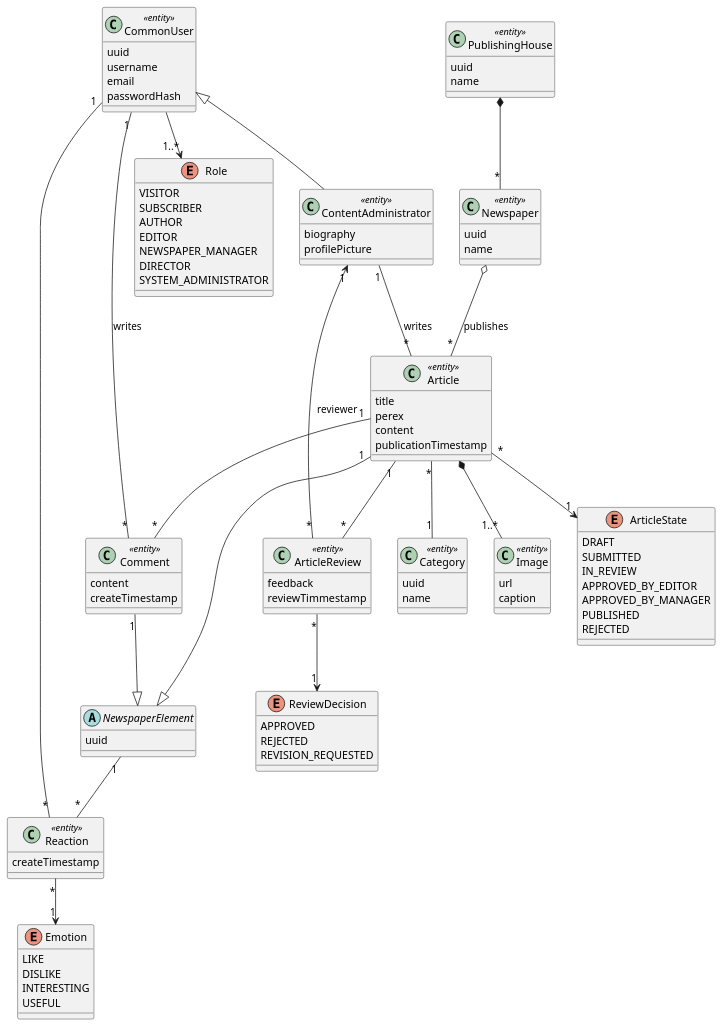
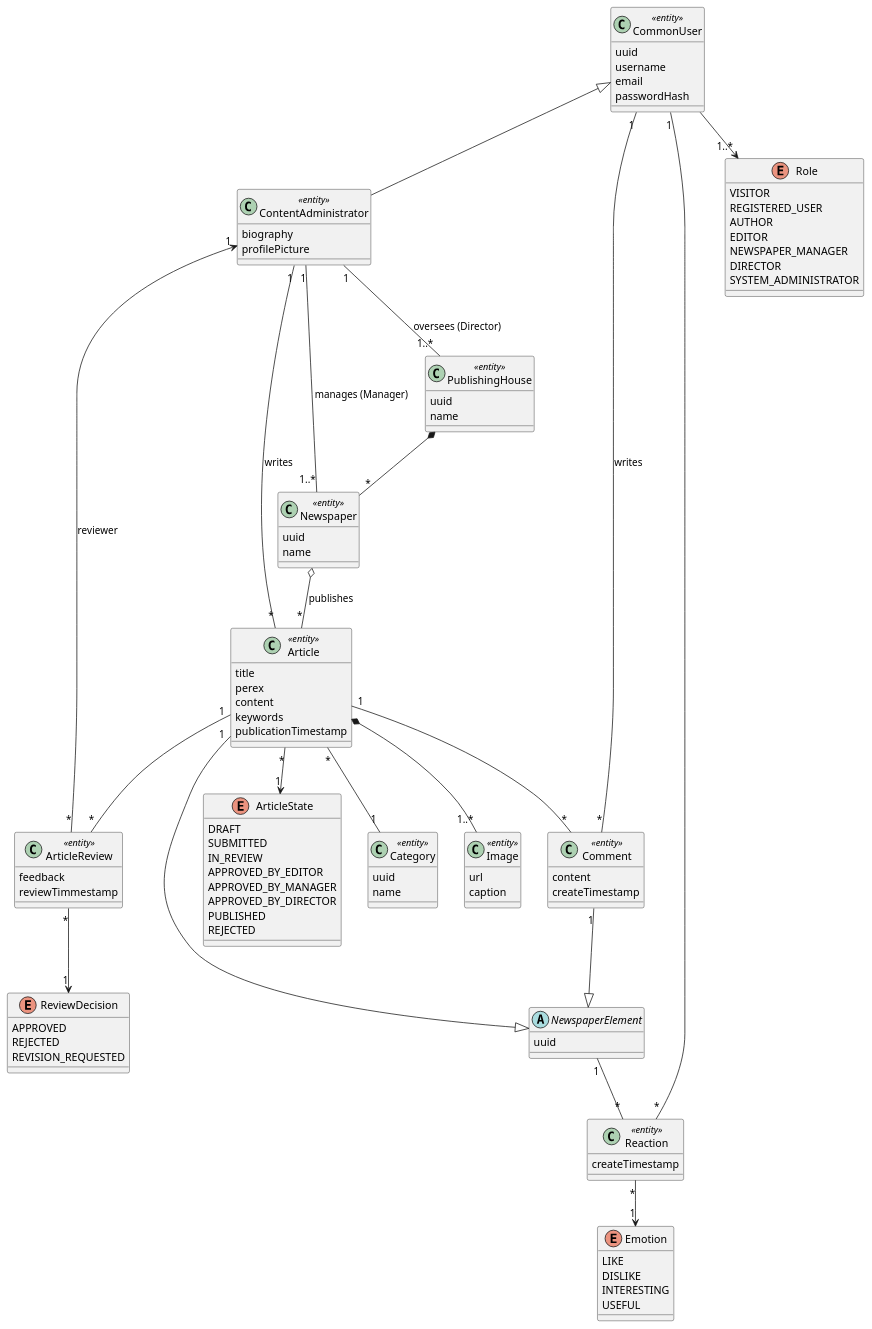
The diagram in docs/domain_model.puml (bednarikvilem/publishing-house), drawn with PlantUML before and after one commit. The commit also changed 2 other files, not shown here.

```diff
--- a/docs/domain_model.puml
+++ b/docs/domain_model.puml
@@ -1,161 +1,165 @@
 @startuml
 
 ' =====================
 ' Users and Roles
 ' =====================
 
 class CommonUser <<entity>> {
   uuid
   username
   email
   passwordHash
 }
 
 class ContentAdministrator <<entity>> {
   biography
   profilePicture
 }
 
 enum Role {
   VISITOR
-  SUBSCRIBER
+  REGISTERED_USER
   AUTHOR
   EDITOR
   NEWSPAPER_MANAGER
   DIRECTOR
   SYSTEM_ADMINISTRATOR
 }
 
 CommonUser --> "1..*" Role
 CommonUser <|-- ContentAdministrator
 
 
 ' =====================
 ' Publishing Structure
 ' =====================
 
 class PublishingHouse <<entity>> {
   uuid
   name
 }
 
 class Newspaper <<entity>> {
   uuid
   name
 }
 
 PublishingHouse *-- "*" Newspaper
+ContentAdministrator "1" -- "1..*" Newspaper : manages (Manager)
+ContentAdministrator "1" -- "1..*" PublishingHouse : oversees (Director)
 
 
 ' =====================
 ' Article System
 ' =====================
 
 class Article <<entity>> {
   title
   perex
   content
+  keywords
   publicationTimestamp
 }
 
 enum ArticleState {
   DRAFT
   SUBMITTED
   IN_REVIEW
   APPROVED_BY_EDITOR
   APPROVED_BY_MANAGER
+  APPROVED_BY_DIRECTOR
   PUBLISHED
   REJECTED
 }
 
 Article "*" --> "1" ArticleState
 
 ContentAdministrator "1" -- "*" Article : writes
 Newspaper o-- "*" Article : publishes
 
 abstract class NewspaperElement {
   uuid
 }
 
 Article "1" --|> NewspaperElement
 Comment "1" --|> NewspaperElement
 
 enum Emotion {
   LIKE
   DISLIKE
   INTERESTING
   USEFUL
 }
 
 Reaction "*" --> "1" Emotion
 
 ' =====================
 ' Categories
 ' =====================
 
 class Category <<entity>> {
   uuid
   name
 }
 
 Article "*" -- "1" Category
 
 
 ' =====================
 ' Article Images
 ' =====================
 
 class Image <<entity>> {
   url
   caption
 }
 
 Article *-- "1..*" Image
 
 
 ' =====================
 ' Comments
 ' =====================
 
 class Comment <<entity>> {
   content
   createTimestamp
 }
 
 CommonUser "1" -- "*" Comment : writes
 Article "1" -- "*" Comment
 
 
 ' =====================
 ' Likes
 ' =====================
 
 class Reaction <<entity>> {
     createTimestamp
 }
 
 CommonUser "1" -- "*" Reaction
 NewspaperElement "1" -- "*" Reaction
 
 
 ' =====================
 ' Article Review Workflow
 ' =====================
 
 class ArticleReview <<entity>> {
   feedback
   reviewTimmestamp
 }
 
 enum ReviewDecision {
   APPROVED
   REJECTED
   REVISION_REQUESTED
 }
 
 Article "1" -- "*" ArticleReview
 ContentAdministrator "1" <-- "*" ArticleReview : reviewer
 ArticleReview "*" --> "1" ReviewDecision
 
 
 @enduml
```
